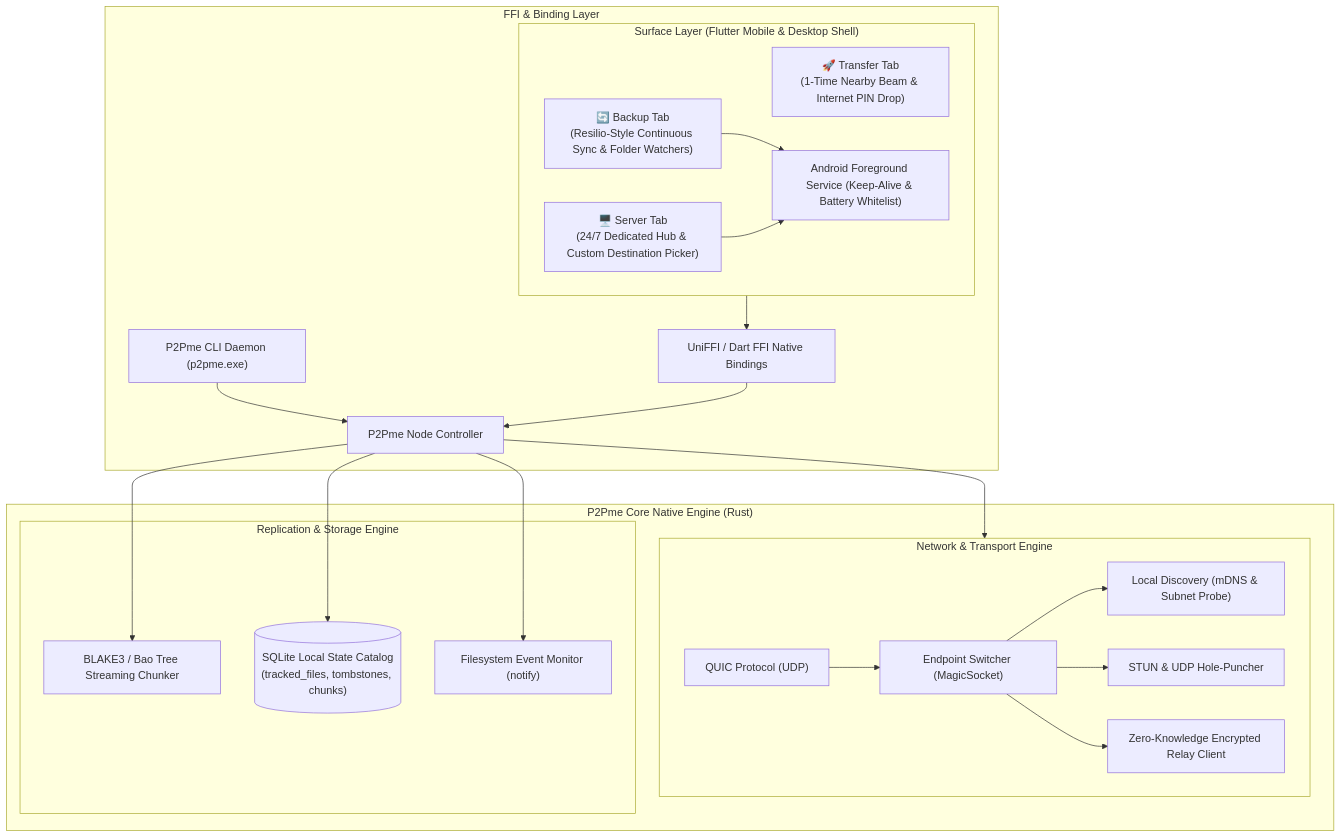
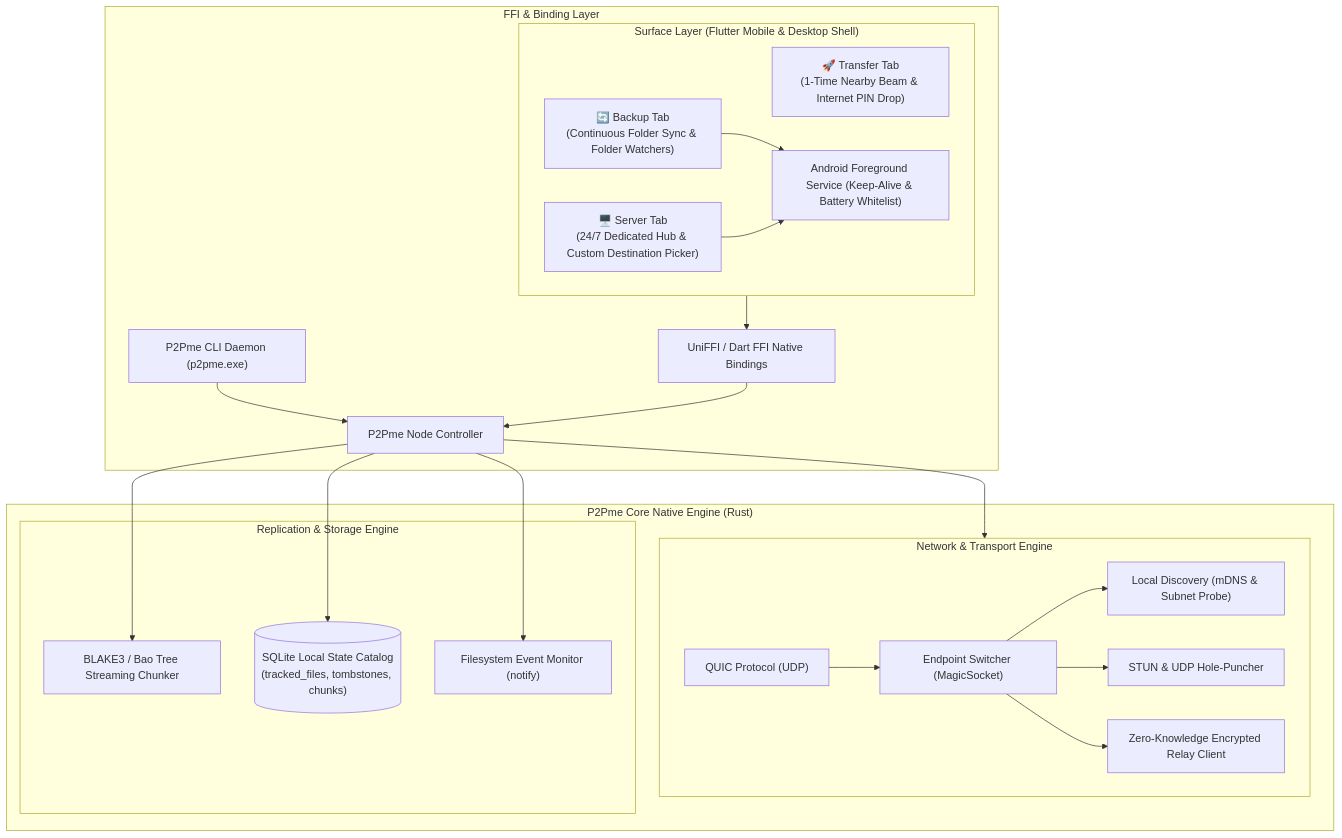
The first of 3 diagrams in ARCHITECTURE.md (MizopaRalte/p2pme), drawn with Mermaid before and after one commit. The commit also changed 3 other files, not shown here.

Commit message:
docs: remove Resilio references across all docs, schemas, and configurations

````diff
--- a/ARCHITECTURE.md
+++ b/ARCHITECTURE.md
@@ -11,48 +11,48 @@
 ```mermaid
 flowchart TD
     subgraph UI_Layer ["Surface Layer (Flutter Mobile & Desktop Shell)"]
         Tab1["🚀 Transfer Tab\n(1-Time Nearby Beam & Internet PIN Drop)"]
-        Tab2["🔄 Backup Tab\n(Resilio-Style Continuous Sync & Folder Watchers)"]
+        Tab2["🔄 Backup Tab\n(Continuous Folder Sync & Folder Watchers)"]
         Tab3["🖥️ Server Tab\n(24/7 Dedicated Hub & Custom Destination Picker)"]
         FGS["Android Foreground Service (Keep-Alive & Battery Whitelist)"]
         Tab2 --> FGS
         Tab3 --> FGS
     end
 
     subgraph FFI_Bridge ["FFI & Binding Layer"]
         UniFFI["UniFFI / Dart FFI Native Bindings"]
         CLI["P2Pme CLI Daemon (p2pme.exe)"]
         UI_Layer --> UniFFI
         CLI --> Core
         UniFFI --> Core
     end
 
     subgraph Core_Engine ["P2Pme Core Native Engine (Rust)"]
         Core["P2Pme Node Controller"]
         
         subgraph Net_Stack ["Network & Transport Engine"]
             QUIC["QUIC Protocol (UDP)"]
             MagicSock["Endpoint Switcher (MagicSocket)"]
             mDNS["Local Discovery (mDNS & Subnet Probe)"]
             STUN["STUN & UDP Hole-Puncher"]
             DERP["Zero-Knowledge Encrypted Relay Client"]
             
             MagicSock --> mDNS
             MagicSock --> STUN
             MagicSock --> DERP
             QUIC --> MagicSock
         end
 
         subgraph Transfer_Engine ["Replication & Storage Engine"]
             Chunker["BLAKE3 / Bao Tree Streaming Chunker"]
             Catalog[("SQLite Local State Catalog\n(tracked_files, tombstones, chunks)")]
             Watcher["Filesystem Event Monitor (notify)"]
             
             Core --> Chunker
             Core --> Catalog
             Core --> Watcher
         end
 
         Core --> Net_Stack
     end
 ```
````
